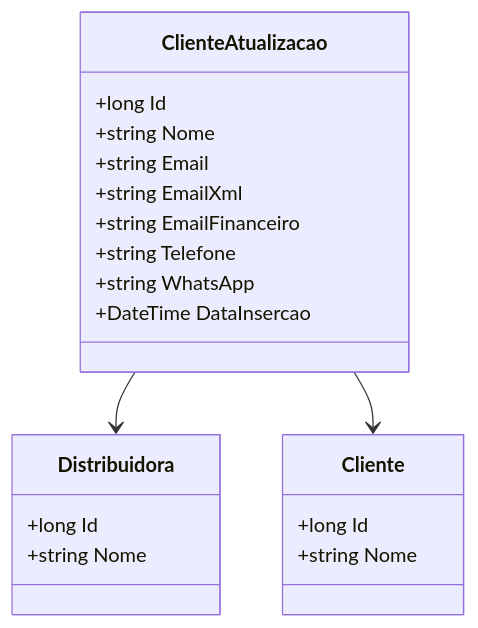
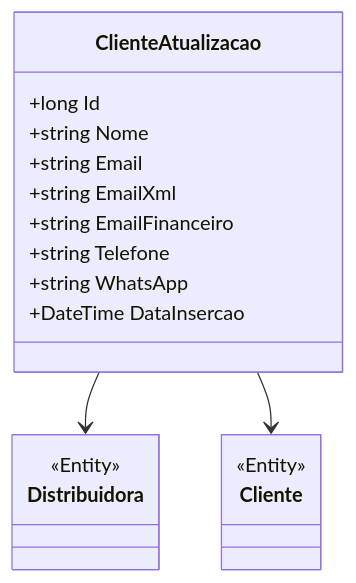
Before and after one commit to IsthmusSistemas/documentacao-tecnica: the diagram in docs/b2b-dominio/IsthmusWinthor.Nucleo/IsthmusWinthor.Dominio/Entidades/ClienteAtualizacao.md, drawn with Mermaid. The commit also changed other lines of this file and 882 other files, not shown here.

````diff
--- a/docs/b2b-dominio/IsthmusWinthor.Nucleo/IsthmusWinthor.Dominio/Entidades/ClienteAtualizacao.md
+++ b/docs/b2b-dominio/IsthmusWinthor.Nucleo/IsthmusWinthor.Dominio/Entidades/ClienteAtualizacao.md
@@ -23,26 +28,22 @@
 ```mermaid
 classDiagram
     class ClienteAtualizacao {
         +long Id
         +string Nome
         +string Email
         +string EmailXml
         +string EmailFinanceiro
         +string Telefone
         +string WhatsApp
         +DateTime DataInsercao
     }
-
     class Distribuidora {
-        +long Id
-        +string Nome
+        <<Entity>>
     }
-
     class Cliente {
-        +long Id
-        +string Nome
+        <<Entity>>
     }
 
     ClienteAtualizacao --> Distribuidora
     ClienteAtualizacao --> Cliente
 ```
````
